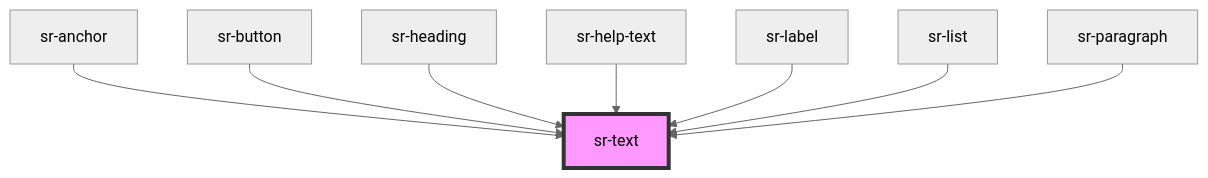
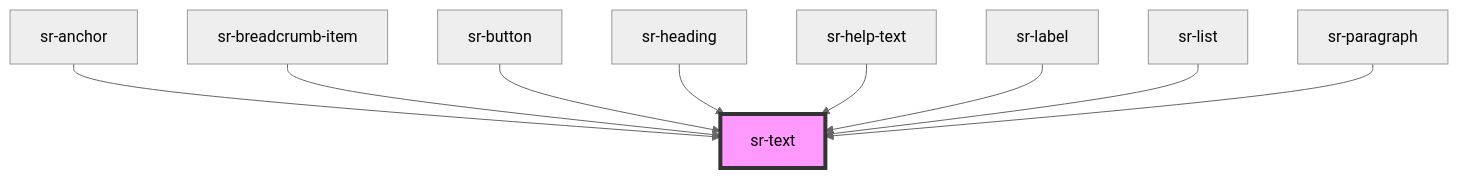
The diagram in src/components/primitives/sr-text/readme.md (tonyblu331/spotify-replay-design-system), drawn with Mermaid (neutral theme) before and after one commit. The commit also changed other lines of this file and 21 other files, not shown here.

Commit message:
create breadcrumb and fix text input

````diff
--- a/src/components/primitives/sr-text/readme.md
+++ b/src/components/primitives/sr-text/readme.md
@@ -43,11 +46,12 @@
 ```mermaid
 graph TD;
   sr-anchor --> sr-text
+  sr-breadcrumb-item --> sr-text
   sr-button --> sr-text
   sr-heading --> sr-text
   sr-help-text --> sr-text
   sr-label --> sr-text
   sr-list --> sr-text
   sr-paragraph --> sr-text
   style sr-text fill:#f9f,stroke:#333,stroke-width:4px
 ```
````
